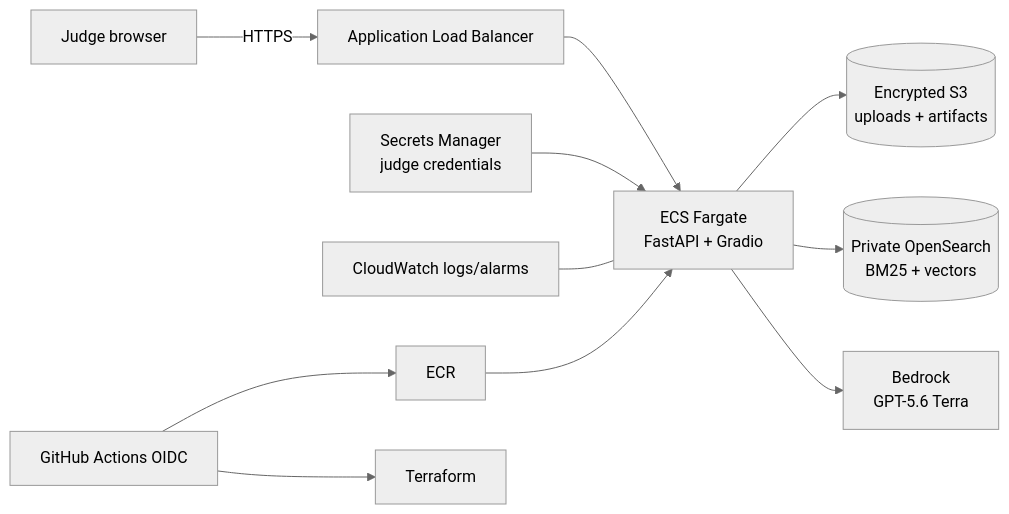
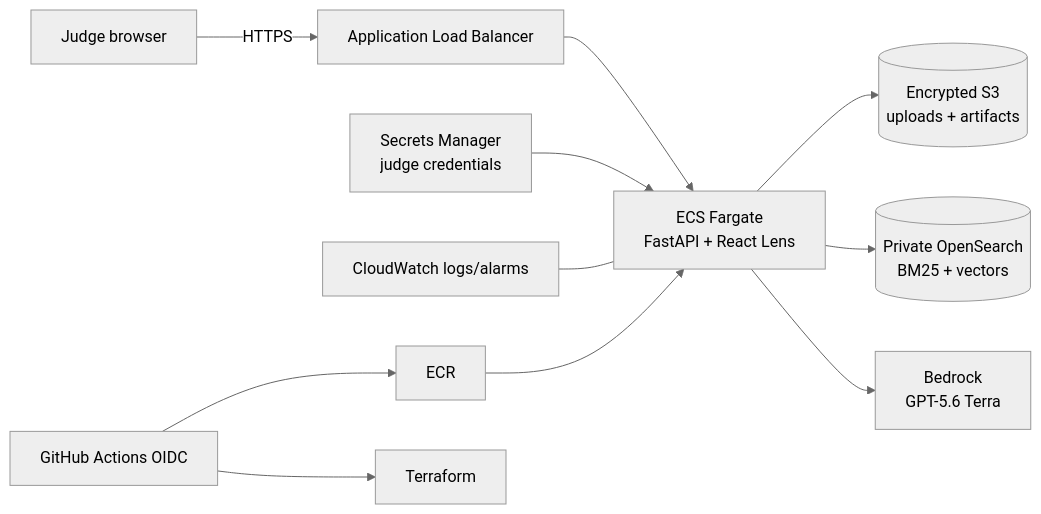
One commit to Kana-Systems/NDIA-DC-Hackathon-2026 changed the diagram in README.md. Above: the diagram before and after it, drawn with Mermaid (neutral theme). The commit also changed other lines of this file and 42 other files, not shown here.

````diff
--- a/README.md
+++ b/README.md
@@ -86,13 +87,13 @@
 ```mermaid
 flowchart LR
   Judge[Judge browser] -->|HTTPS| ALB[Application Load Balancer]
-  ALB --> ECS[ECS Fargate\nFastAPI + Gradio]
+  ALB --> ECS[ECS Fargate\nFastAPI + React Lens]
   ECS --> S3[(Encrypted S3\nuploads + artifacts)]
   ECS --> OS[(Private OpenSearch\nBM25 + vectors)]
   ECS --> BR[Bedrock\nGPT-5.6 Terra]
   SM[Secrets Manager\njudge credentials] --> ECS
   CW[CloudWatch logs/alarms] --- ECS
   GHA[GitHub Actions OIDC] --> ECR[ECR]
   GHA --> TF[Terraform]
   ECR --> ECS
 ```
````
